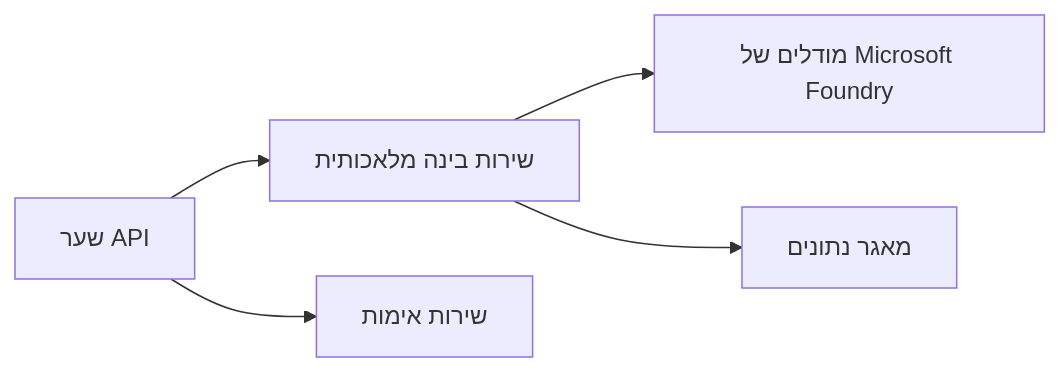
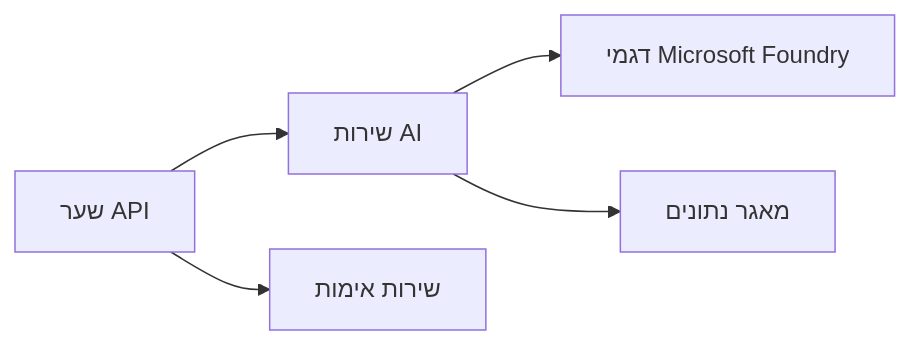
One commit to microsoft/AZD-for-beginners changed the first of 2 diagrams in translations/he/docs/chapter-08-production/README.md. Above: the diagram before and after it, drawn with Mermaid. The commit also changed other lines of this file and 61 other files, not shown here.

````diff
--- a/translations/he/docs/chapter-08-production/README.md
+++ b/translations/he/docs/chapter-08-production/README.md
@@ -48,6 +48,6 @@
 ```mermaid
 graph LR
-    Gateway[שער API] --> AI[שירות בינה מלאכותית] --> Models[מודלים של Microsoft Foundry]
+    Gateway[שער API] --> AI[שירות AI] --> Models[דגמי Microsoft Foundry]
     Gateway --> Auth[שירות אימות]
     AI --> Data[מאגר נתונים]
 ```
````
